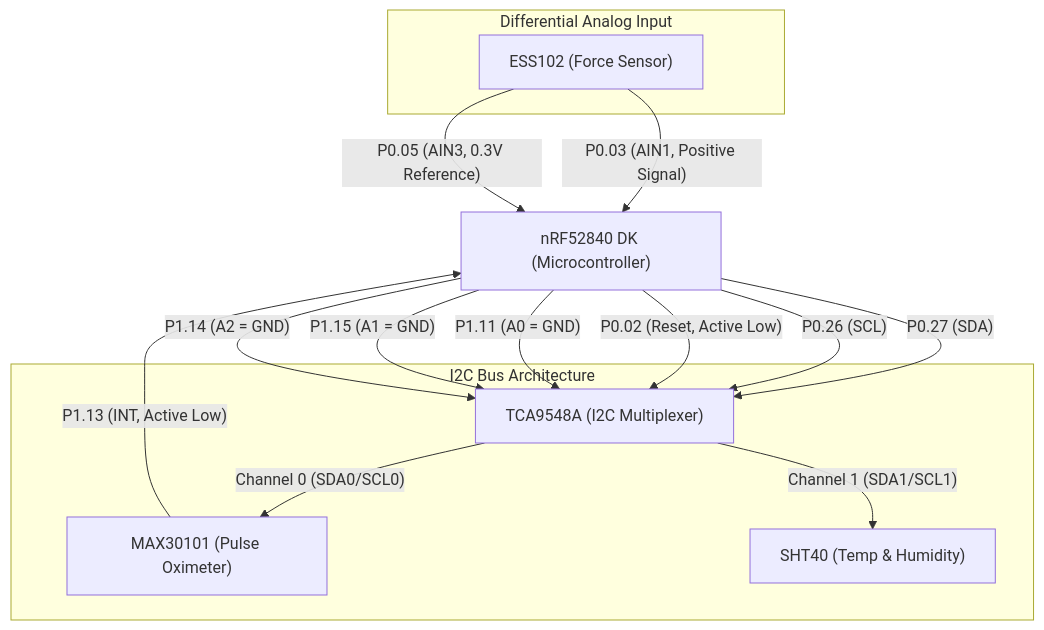
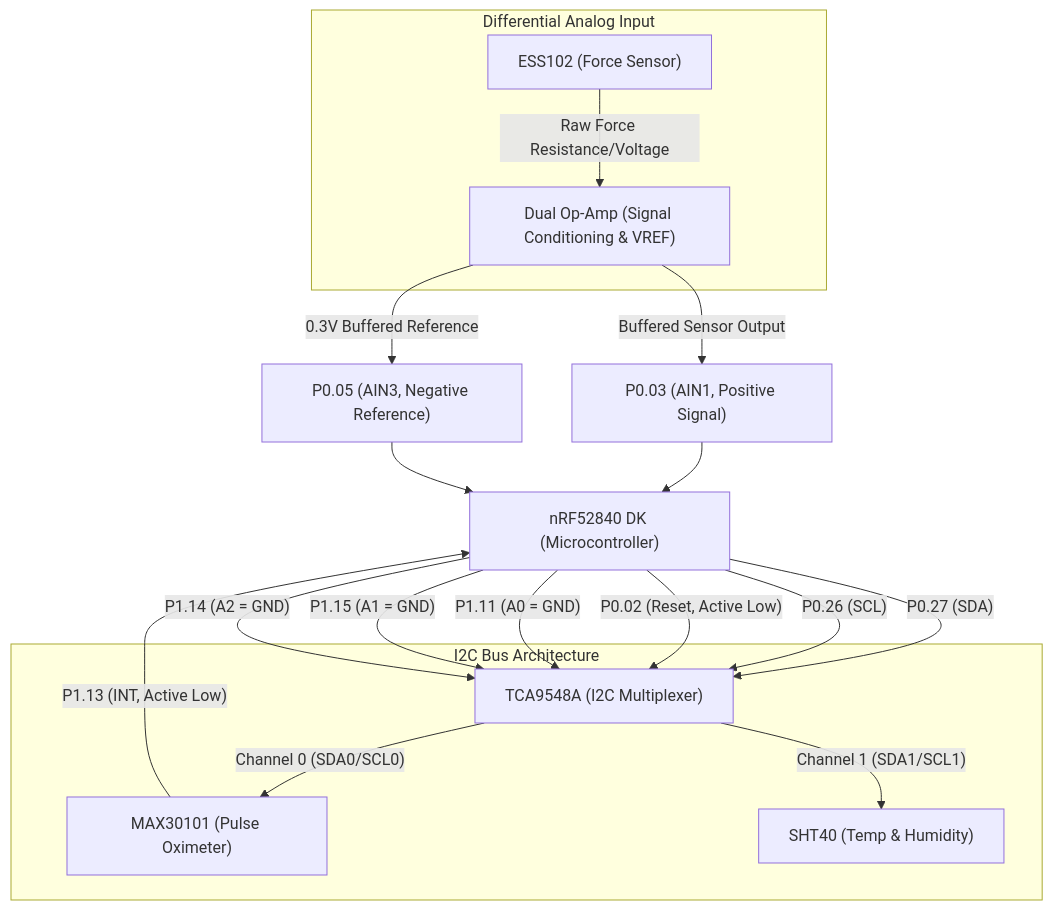
The diagram in documentation/circuit_schematic.md (xinyew/CPAP_PI_firmware), drawn with Mermaid before and after one commit.

Commit message:
docs: Add dual op-amp signal conditioning block to circuit schematic

````diff
--- a/documentation/circuit_schematic.md
+++ b/documentation/circuit_schematic.md
@@ -8,39 +8,44 @@
 ```mermaid
 graph TD
     %% Define components
     NRF["nRF52840 DK (Microcontroller)"]
     MUX["TCA9548A (I2C Multiplexer)"]
     MAX["MAX30101 (Pulse Oximeter)"]
     SHT["SHT40 (Temp & Humidity)"]
     ESS["ESS102 (Force Sensor)"]
+    OPAMP["Dual Op-Amp (Signal Conditioning & VREF)"]
 
     %% Define logical sub-groups
     subgraph I2C_Bus ["I2C Bus Architecture"]
         MUX
         MAX
         SHT
     end
 
     subgraph Analog_Input ["Differential Analog Input"]
         ESS
+        OPAMP
     end
 
     %% nRF to MUX connections
     NRF -- "P0.27 (SDA)" --> MUX
     NRF -- "P0.26 (SCL)" --> MUX
     NRF -- "P0.02 (Reset, Active Low)" --> MUX
     NRF -- "P1.11 (A0 = GND)" --> MUX
     NRF -- "P1.15 (A1 = GND)" --> MUX
     NRF -- "P1.14 (A2 = GND)" --> MUX
 
     %% MUX to I2C Sensors
     MUX -- "Channel 0 (SDA0/SCL0)" --> MAX
     MUX -- "Channel 1 (SDA1/SCL1)" --> SHT
 
     %% Additional Sensor Pins
     MAX -- "P1.13 (INT, Active Low)" --> NRF
 
     %% Analog Sensor Pins
-    ESS -- "P0.03 (AIN1, Positive Signal)" --> NRF
-    ESS -- "P0.05 (AIN3, 0.3V Reference)" --> NRF
+    ESS -- "Raw Force Resistance/Voltage" --> OPAMP
+    OPAMP -- "Buffered Sensor Output" --> NRF_P03["P0.03 (AIN1, Positive Signal)"]
+    OPAMP -- "0.3V Buffered Reference" --> NRF_P05["P0.05 (AIN3, Negative Reference)"]
+    NRF_P03 --> NRF
+    NRF_P05 --> NRF
 ```
````
